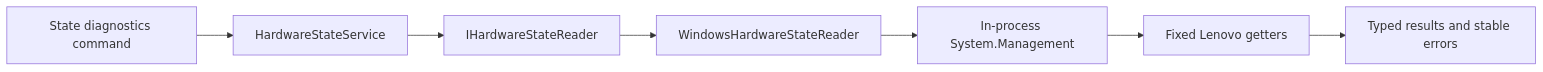
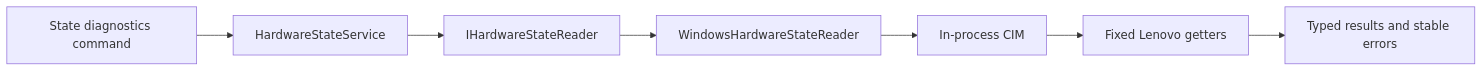
The third of 7 diagrams in docs/ARCHITECTURE.md (Anandb71/Legion-LOQ-control), drawn with Mermaid before and after one commit. The commit also changed other lines of this file and 22 other files, not shown here.

First line of the commit message:
fix: read GameZone through in-process CIM

````diff
--- a/docs/ARCHITECTURE.md
+++ b/docs/ARCHITECTURE.md
@@ -88,9 +88,9 @@
 ```mermaid
 flowchart LR
     StateCli[State diagnostics command] --> StateService[HardwareStateService]
     StateService --> StatePort[IHardwareStateReader]
     StatePort --> WmiReader[WindowsHardwareStateReader]
-    WmiReader --> SystemWmi[In-process System.Management]
+    WmiReader --> SystemWmi[In-process CIM]
     SystemWmi --> FixedGetters[Fixed Lenovo getters]
     FixedGetters --> TypedResults[Typed results and stable errors]
 ```
````
